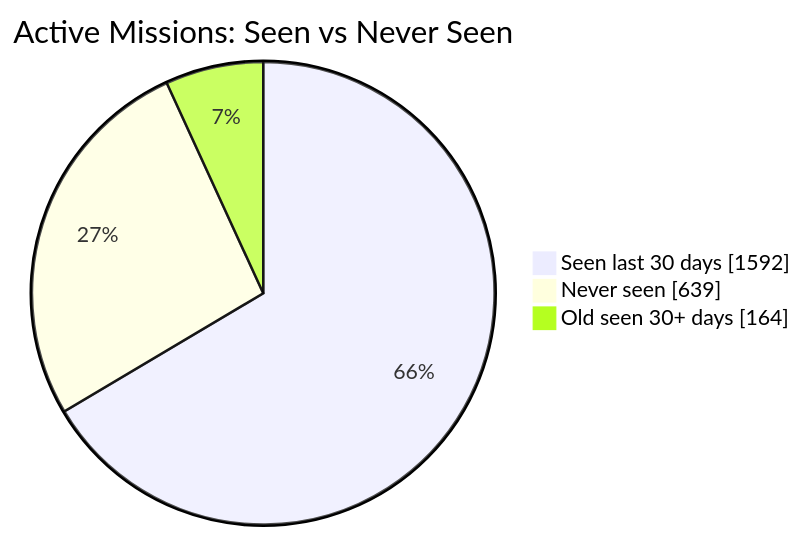
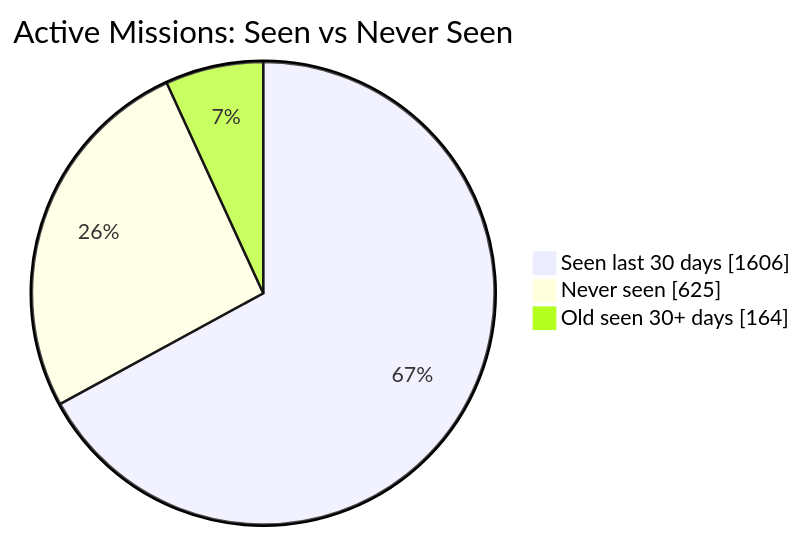
One commit to MeldkamerspelGameTeam/active-missions changed the first of 2 diagrams in README.md. Above: the diagram before and after it, drawn with Mermaid. The commit also changed other lines of this file and 3 other files, not shown here.

````diff
--- a/README.md
+++ b/README.md
@@ -34,7 +34,7 @@
 ```mermaid
 pie showData
     title Active Missions: Seen vs Never Seen
-    "Seen last 30 days" : 1592
-    "Never seen" : 639
+    "Seen last 30 days" : 1606
+    "Never seen" : 625
     "Old seen 30+ days" : 164
 ```
````
